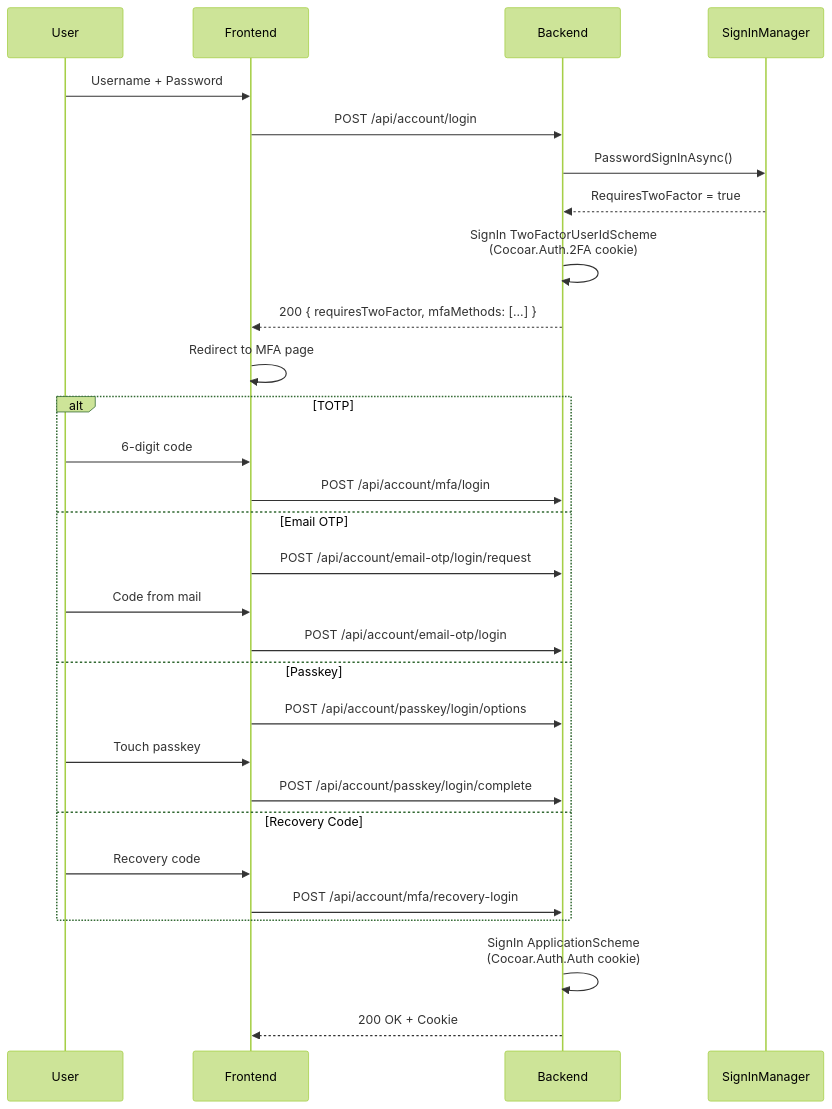
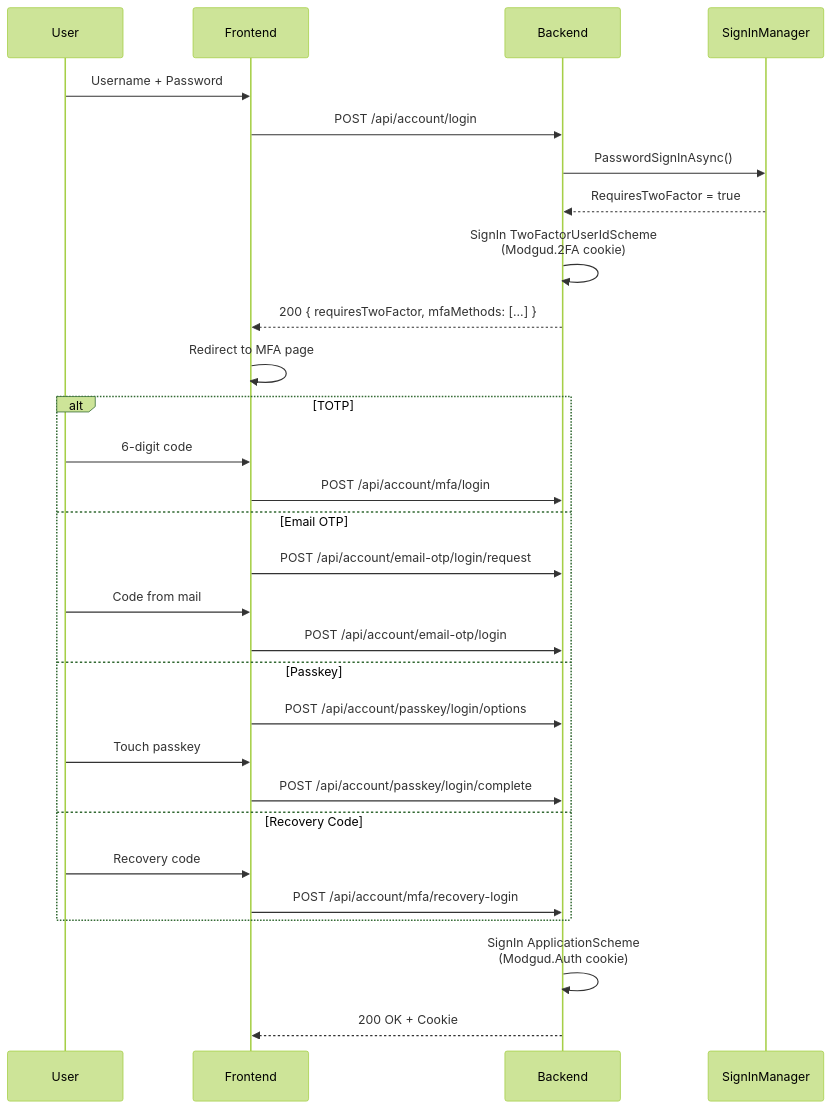
One commit to cocoar-dev/modgud changed the diagram in website/guide/two-factor.md. Above: the diagram before and after it, drawn with Mermaid (forest theme). The commit also changed other lines of this file and 1170 other files, not shown here.

First line of the commit message:
chore: rename Cocoar.Auth -> Modgud across the entire codebase

````diff
--- a/website/guide/two-factor.md
+++ b/website/guide/two-factor.md
@@ -17,34 +17,34 @@
 ```mermaid
 sequenceDiagram
     participant User
     participant Frontend
     participant Backend
     participant SignInManager
 
     User->>Frontend: Username + Password
     Frontend->>Backend: POST /api/account/login
     Backend->>SignInManager: PasswordSignInAsync()
     SignInManager-->>Backend: RequiresTwoFactor = true
-    Backend->>Backend: SignIn TwoFactorUserIdScheme<br/>(Cocoar.Auth.2FA cookie)
+    Backend->>Backend: SignIn TwoFactorUserIdScheme<br/>(Modgud.2FA cookie)
     Backend-->>Frontend: 200 { requiresTwoFactor, mfaMethods: [...] }
     Frontend->>Frontend: Redirect to MFA page
 
     alt TOTP
         User->>Frontend: 6-digit code
         Frontend->>Backend: POST /api/account/mfa/login
     else Email OTP
         Frontend->>Backend: POST /api/account/email-otp/login/request
         User->>Frontend: Code from mail
         Frontend->>Backend: POST /api/account/email-otp/login
     else Passkey
         Frontend->>Backend: POST /api/account/passkey/login/options
         User->>Frontend: Touch passkey
         Frontend->>Backend: POST /api/account/passkey/login/complete
     else Recovery Code
         User->>Frontend: Recovery code
         Frontend->>Backend: POST /api/account/mfa/recovery-login
     end
 
-    Backend->>Backend: SignIn ApplicationScheme<br/>(Cocoar.Auth.Auth cookie)
+    Backend->>Backend: SignIn ApplicationScheme<br/>(Modgud.Auth cookie)
     Backend-->>Frontend: 200 OK + Cookie
 ```
````
